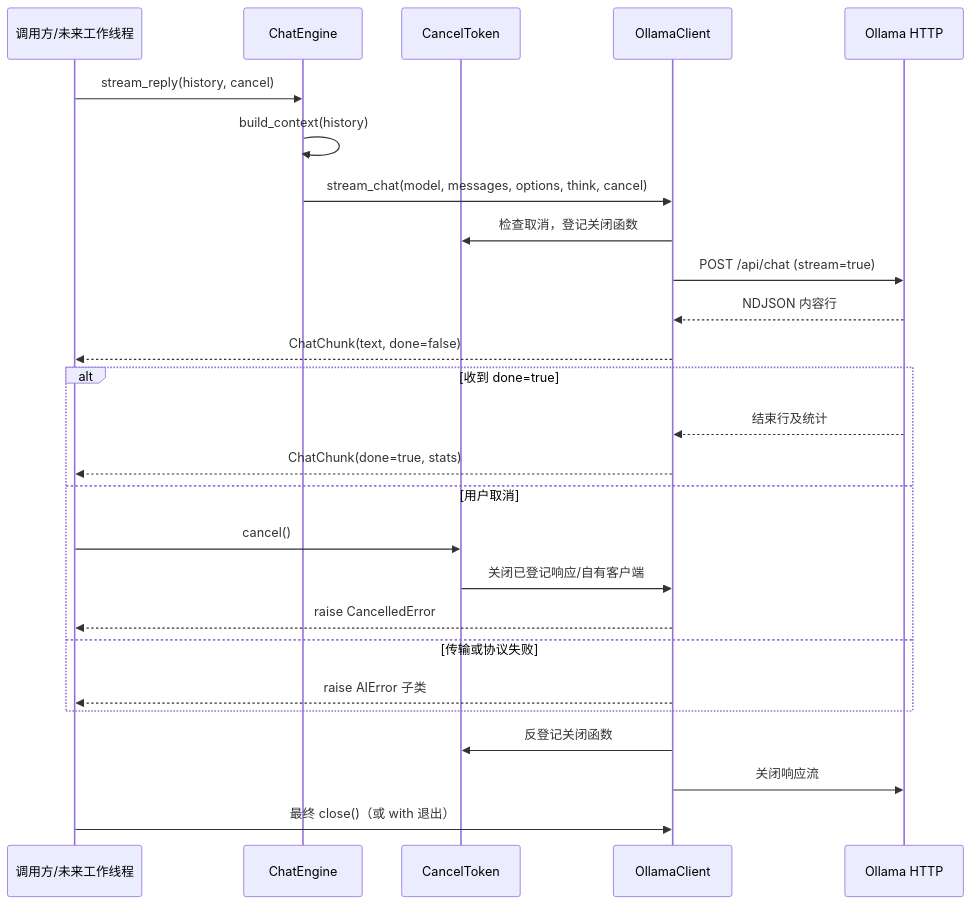
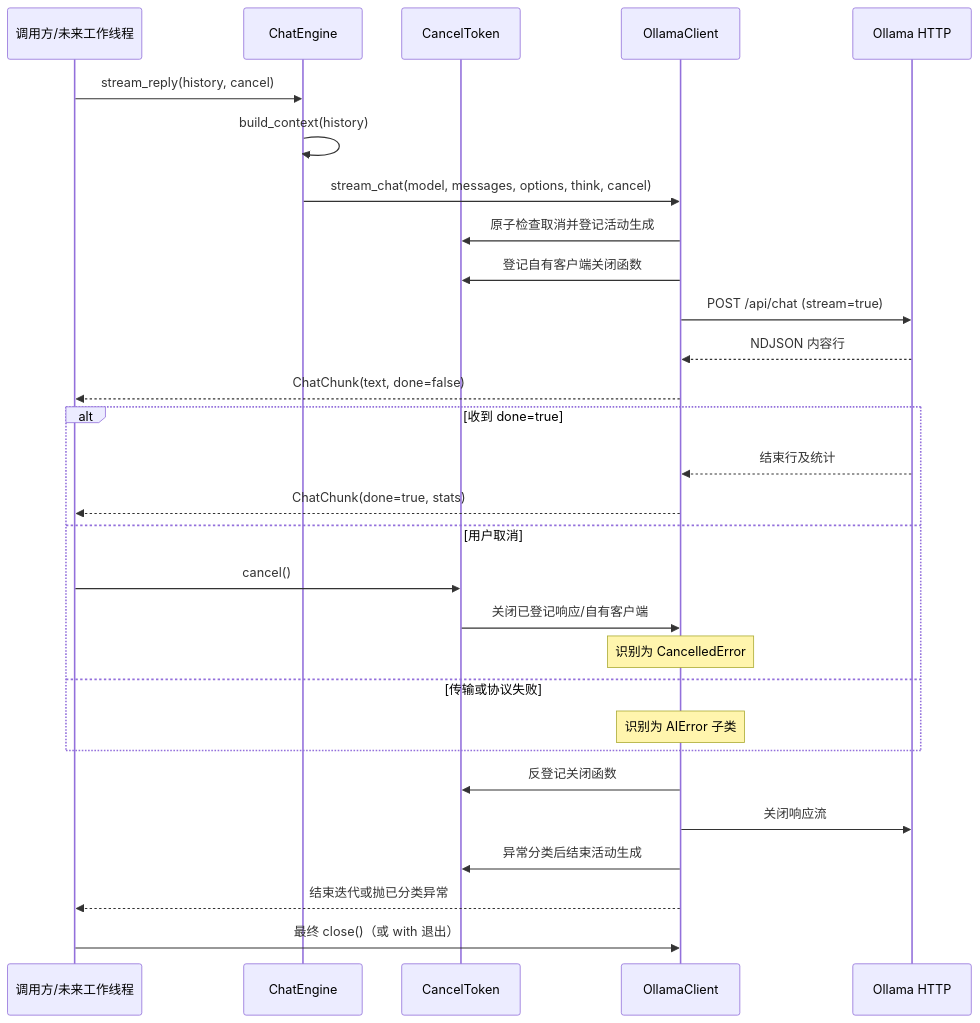
One commit to lisuotian2-svg/emowall-stage3 changed the second of 2 diagrams in docs/STAGE2_HANDOFF.md. Above: the diagram before and after it, drawn with Mermaid. The commit also changed other lines of this file and 6 other files, not shown here.

````diff
--- a/docs/STAGE2_HANDOFF.md
+++ b/docs/STAGE2_HANDOFF.md
@@ -57,28 +61,31 @@
 ```mermaid
 sequenceDiagram
     participant Caller as 调用方/未来工作线程
     participant Engine as ChatEngine
     participant Token as CancelToken
     participant Client as OllamaClient
     participant HTTP as Ollama HTTP
     Caller->>Engine: stream_reply(history, cancel)
     Engine->>Engine: build_context(history)
     Engine->>Client: stream_chat(model, messages, options, think, cancel)
-    Client->>Token: 检查取消，登记关闭函数
+    Client->>Token: 原子检查取消并登记活动生成
+    Client->>Token: 登记自有客户端关闭函数
     Client->>HTTP: POST /api/chat (stream=true)
     HTTP-->>Client: NDJSON 内容行
     Client-->>Caller: ChatChunk(text, done=false)
     alt 收到 done=true
         HTTP-->>Client: 结束行及统计
         Client-->>Caller: ChatChunk(done=true, stats)
     else 用户取消
         Caller->>Token: cancel()
         Token->>Client: 关闭已登记响应/自有客户端
-        Client-->>Caller: raise CancelledError
+        Note over Client: 识别为 CancelledError
     else 传输或协议失败
-        Client-->>Caller: raise AIError 子类
+        Note over Client: 识别为 AIError 子类
     end
     Client->>Token: 反登记关闭函数
     Client->>HTTP: 关闭响应流
+    Client->>Token: 异常分类后结束活动生成
+    Client-->>Caller: 结束迭代或抛已分类异常
     Caller->>Client: 最终 close()（或 with 退出）
 ```
````
